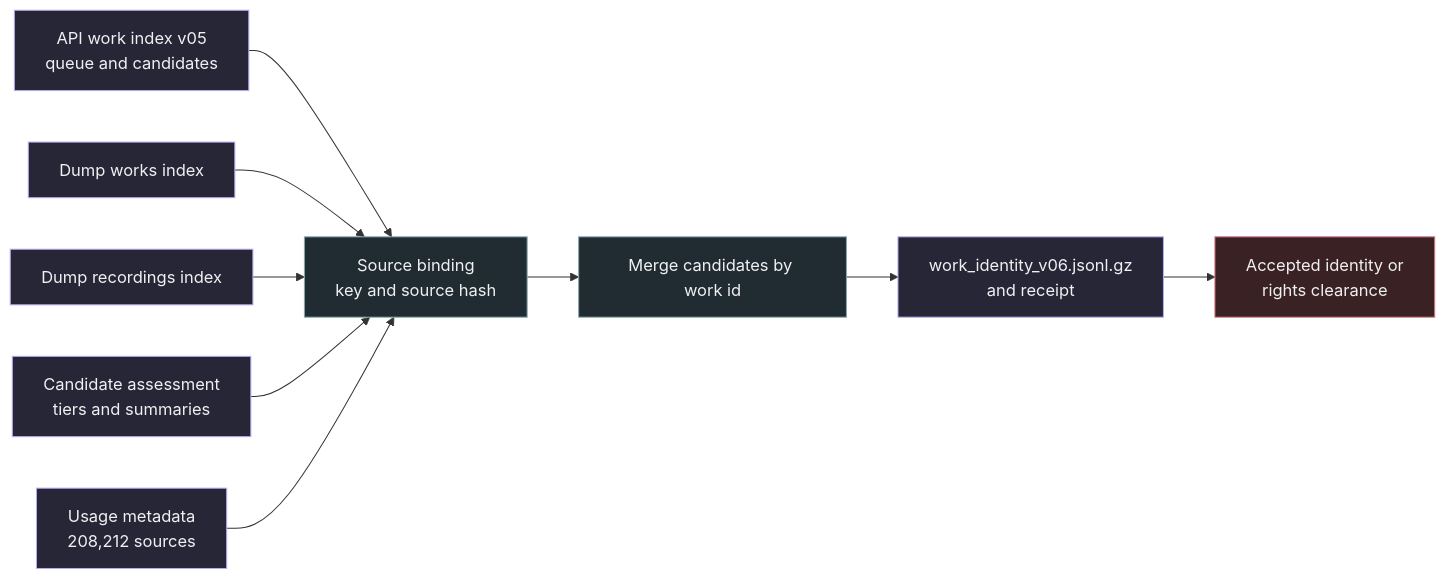
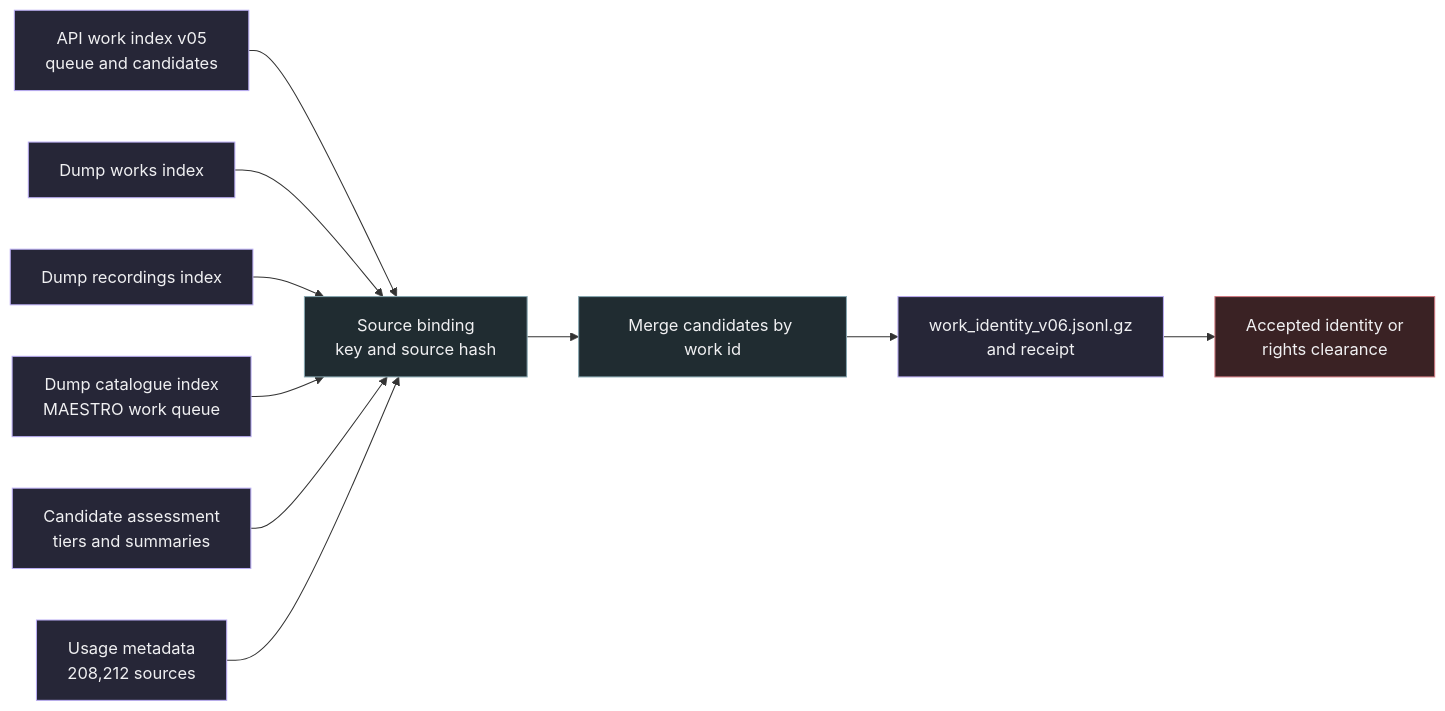
One commit to AlgoritmiNarvik/SaMuGeD-Algoritmi-DrDreSamplerAI-2024 changed the diagram in docs/research/corpus/work_identity_merge.md. Above: the diagram before and after it, drawn with Mermaid. The commit also changed other lines of this file and 26 other files, not shown here.

First line of the commit message:
feat(identity): match MAESTRO works by composer and catalogue number and Lakh surnames by credit subset (#60)

````diff
--- a/docs/research/corpus/work_identity_merge.md
+++ b/docs/research/corpus/work_identity_merge.md
@@ -5,14 +5,15 @@
 ```mermaid
 flowchart LR
     W[API work index v05<br/>queue and candidates]:::data --> B[Source binding<br/>key and source hash]:::action
     O[Dump works index]:::data --> B
     R[Dump recordings index]:::data --> B
+    C[Dump catalogue index<br/>MAESTRO work queue]:::data --> B
     A[Candidate assessment<br/>tiers and summaries]:::data --> B
     M[Usage metadata<br/>208,212 sources]:::data --> B
     B --> G[Merge candidates by work id]:::action
     G --> E[work_identity_v06.jsonl.gz<br/>and receipt]:::data
     E --> X[Accepted identity or<br/>rights clearance]:::blocked
     classDef data fill:#262637,stroke:#b9acf3,color:#f0f0f2
     classDef action fill:#202c31,stroke:#85a5af,color:#f0f0f2
     classDef blocked fill:#3a2224,stroke:#d0777f,color:#f0f0f2
 ```
````
